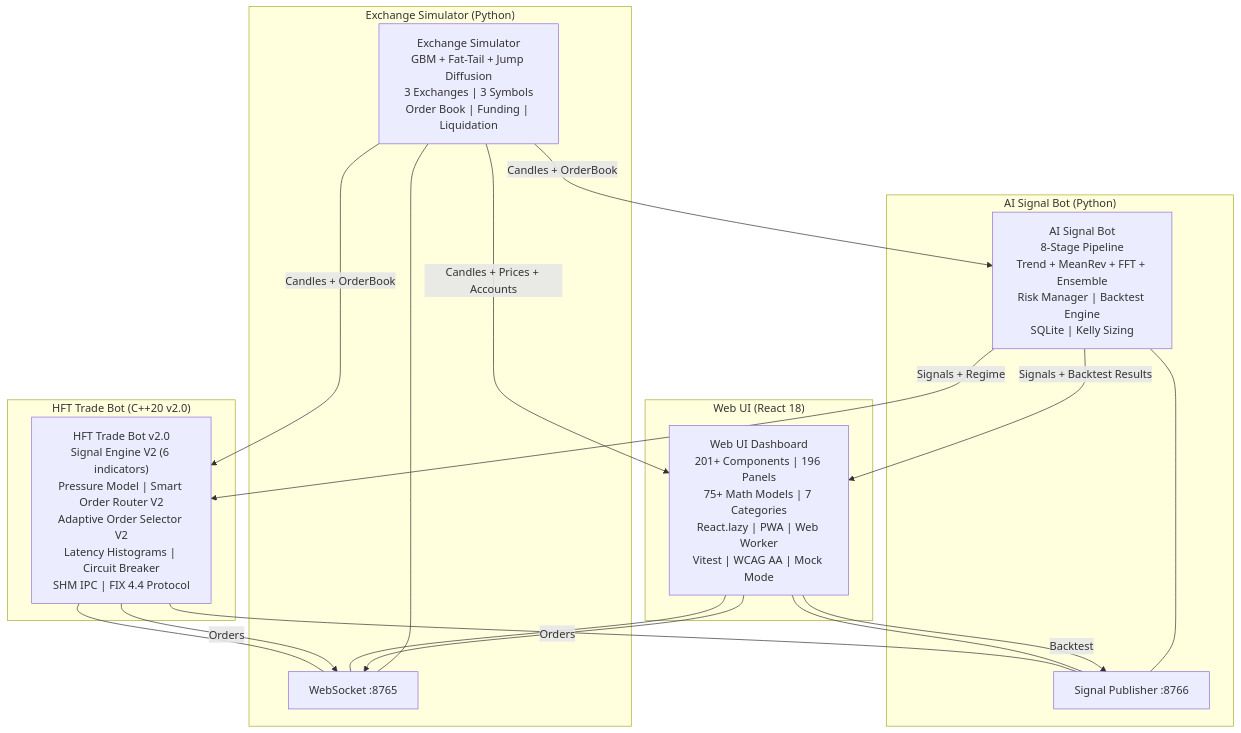
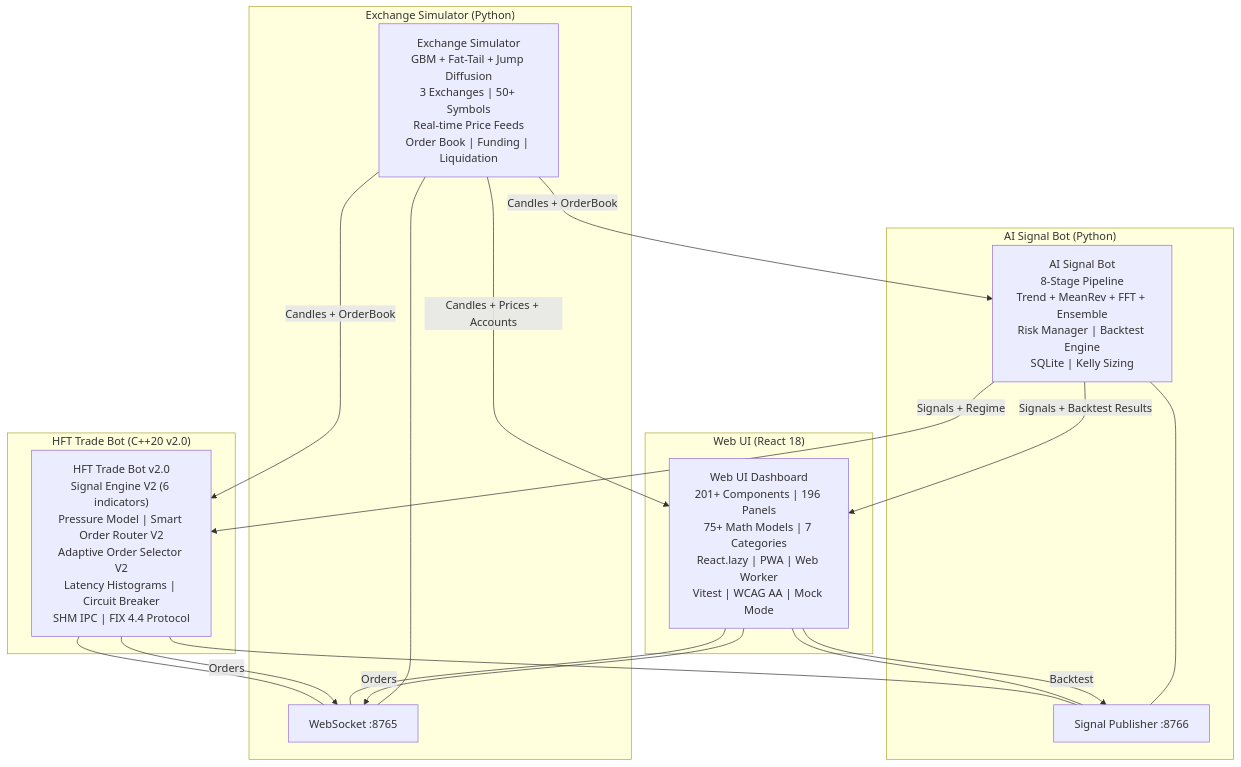
Before and after one commit to ezpectus/HFT-trading-simulator: the diagram in docs/ARCHITECTURE.md, drawn with Mermaid. The commit also changed other lines of this file and 2 other files, not shown here.

````diff
--- a/docs/ARCHITECTURE.md
+++ b/docs/ARCHITECTURE.md
@@ -7,35 +7,35 @@
 ```mermaid
 graph TB
     subgraph "Exchange Simulator (Python)"
-        ES["Exchange Simulator<br/>GBM + Fat-Tail + Jump Diffusion<br/>3 Exchanges | 3 Symbols<br/>Order Book | Funding | Liquidation"]
+        ES["Exchange Simulator<br/>GBM + Fat-Tail + Jump Diffusion<br/>3 Exchanges | 50+ Symbols<br/>Real-time Price Feeds<br/>Order Book | Funding | Liquidation"]
         WS8765[WebSocket :8765]
         WS8765 --- ES
     end
 
     subgraph "AI Signal Bot (Python)"
         AI["AI Signal Bot<br/>8-Stage Pipeline<br/>Trend + MeanRev + FFT + Ensemble<br/>Risk Manager | Backtest Engine<br/>SQLite | Kelly Sizing"]
         WS8766[Signal Publisher :8766]
         WS8766 --- AI
     end
 
     subgraph "HFT Trade Bot (C++20 v2.0)"
         HFT["HFT Trade Bot v2.0<br/>Signal Engine V2 (6 indicators)<br/>Pressure Model | Smart Order Router V2<br/>Adaptive Order Selector V2<br/>Latency Histograms | Circuit Breaker<br/>SHM IPC | FIX 4.4 Protocol"]
         HFT --- WS8765
         HFT --- WS8766
         HFT -->|Orders| WS8765
     end
 
     subgraph "Web UI (React 18)"
         UI["Web UI Dashboard<br/>201+ Components | 196 Panels<br/>75+ Math Models | 7 Categories<br/>React.lazy | PWA | Web Worker<br/>Vitest | WCAG AA | Mock Mode"]
         UI --- WS8765
         UI --- WS8766
         UI -->|Orders| WS8765
         UI -->|Backtest| WS8766
     end
 
     ES -->|Candles + OrderBook| AI
     ES -->|Candles + OrderBook| HFT
     ES -->|Candles + Prices + Accounts| UI
     AI -->|Signals + Regime| HFT
     AI -->|Signals + Backtest Results| UI
 ```
````
